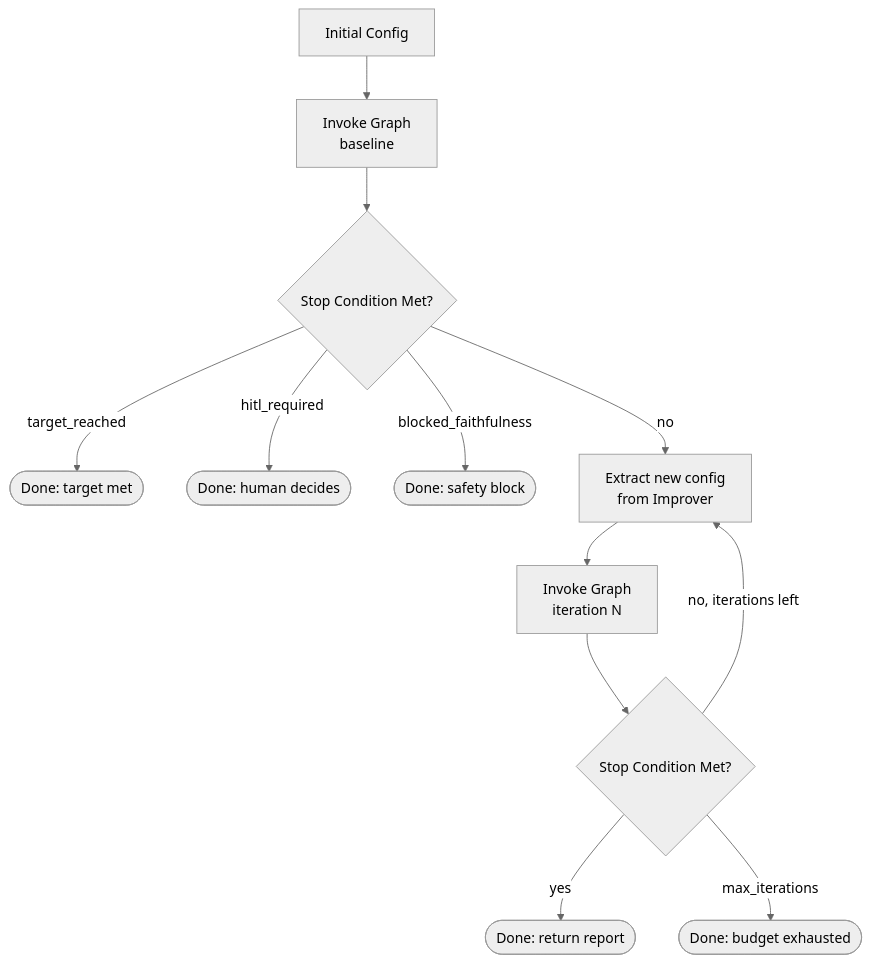
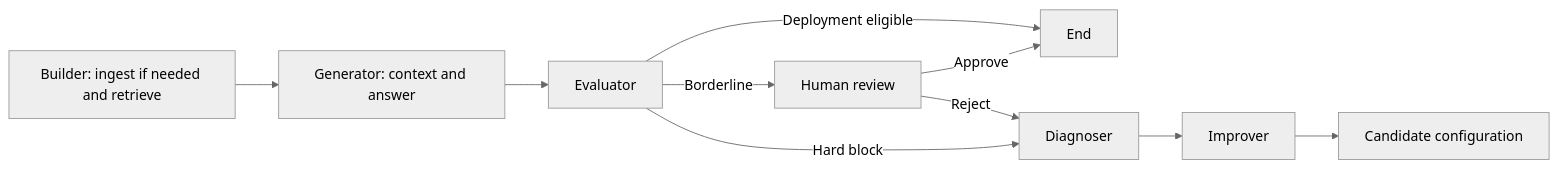
The second of 7 diagrams in self-improving-rag/Self_Improving_RAG_Guide.md (KUMAR-MOHANRAJAN/genai-projects), drawn with Mermaid (neutral theme) before and after one commit. The commit also changed other lines of this file and 7 other files, not shown here.

````diff
--- a/self-improving-rag/Self_Improving_RAG_Guide.md
+++ b/self-improving-rag/Self_Improving_RAG_Guide.md
@@ -118,14 +114,12 @@
 ```mermaid
-flowchart TD
-    A[Initial Config] --> B[Invoke Graph\nbaseline]
-    B --> C{Stop Condition Met?}
-    C -->|target_reached| D([Done: target met])
-    C -->|hitl_required| E([Done: human decides])
-    C -->|blocked_faithfulness| F([Done: safety block])
-    C -->|no| G[Extract new config\nfrom Improver]
-    G --> H[Invoke Graph\niteration N]
-    H --> I{Stop Condition Met?}
-    I -->|yes| J([Done: return report])
-    I -->|no, iterations left| G
-    I -->|max_iterations| K([Done: budget exhausted])
+flowchart LR
+    A[Builder: ingest if needed and retrieve] --> B[Generator: context and answer]
+    B --> C[Evaluator]
+    C -->|Deployment eligible| D[End]
+    C -->|Borderline| E[Human review]
+    C -->|Hard block| F[Diagnoser]
+    E -->|Approve| D
+    E -->|Reject| F
+    F --> G[Improver]
+    G --> H[Candidate configuration]
 ```
````
